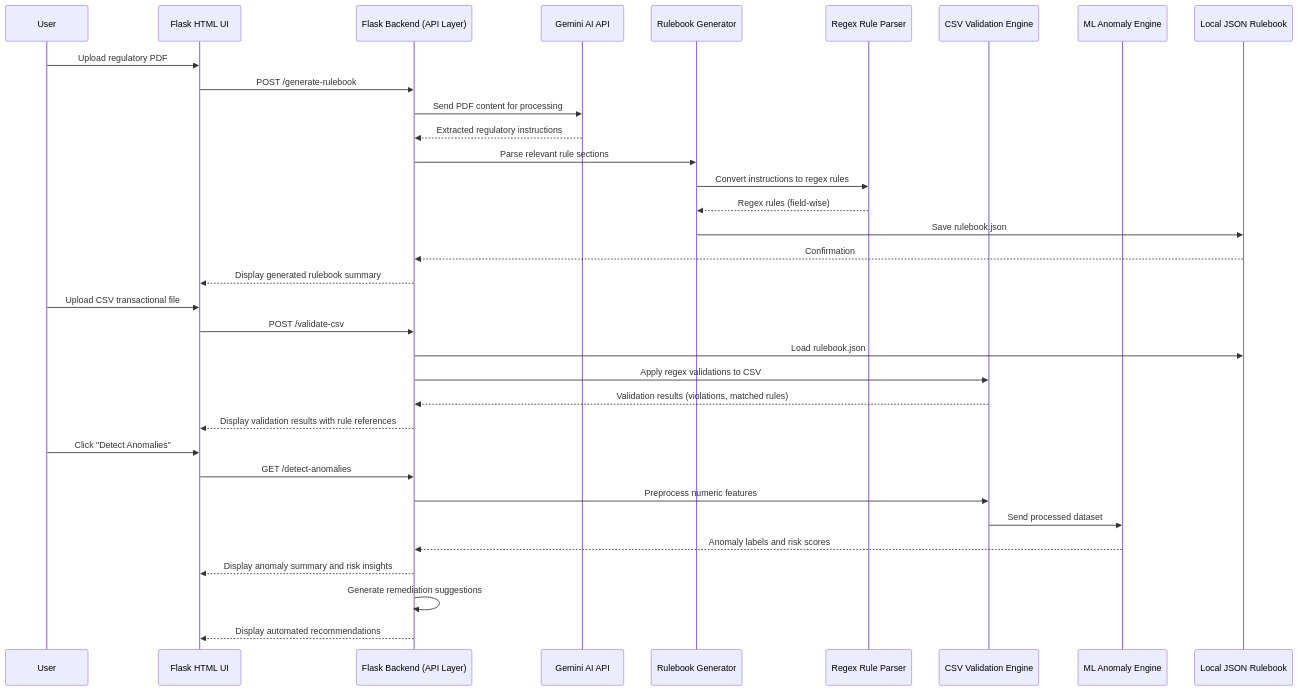
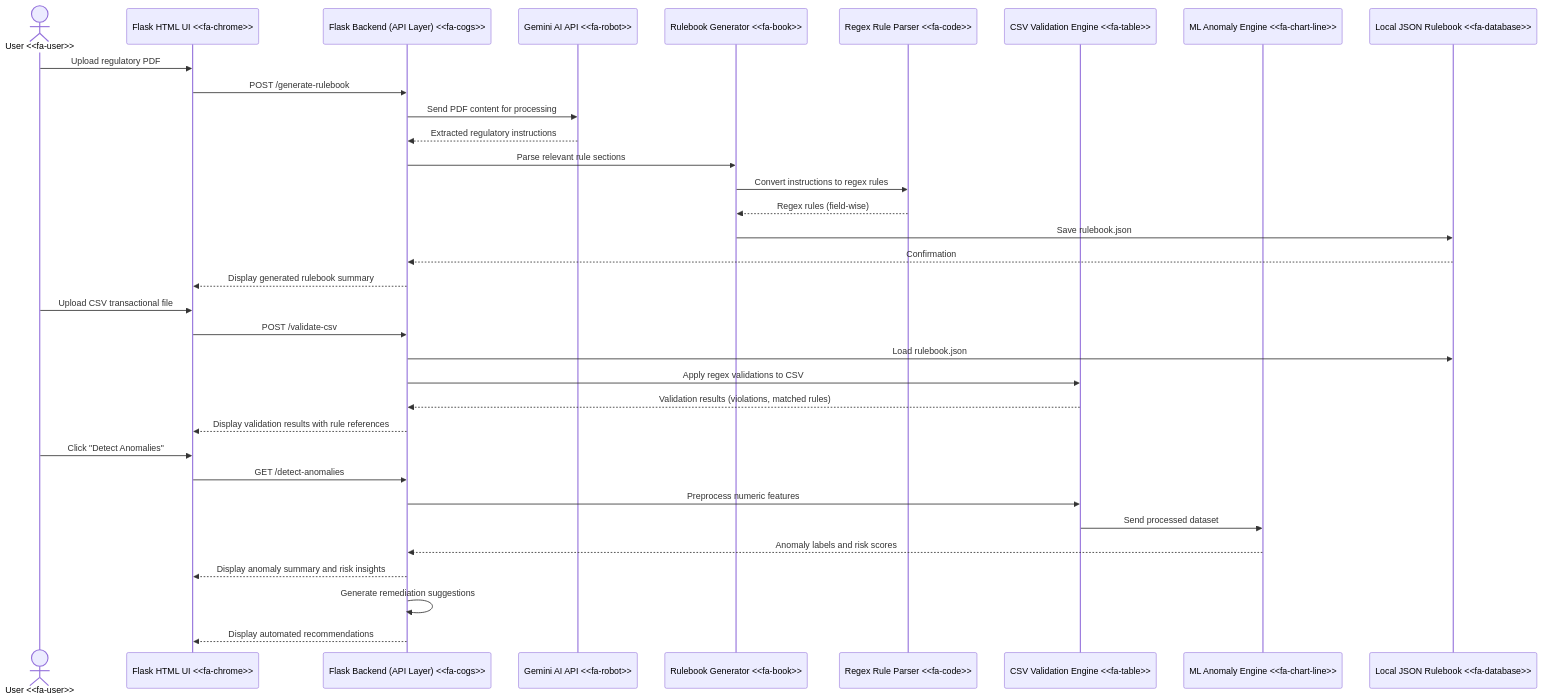
Before and after one commit to ewfx/gaidp-singularity-squad: the diagram in README.md, drawn with Mermaid.

````diff
--- a/README.md
+++ b/README.md
@@ -74,45 +74,46 @@
 ```mermaid
 sequenceDiagram
-    participant User
-    participant UI as Flask HTML UI
-    participant Backend as Flask Backend (API Layer)
-    participant Gemini as Gemini AI API
-    participant RuleEngine as Rulebook Generator
-    participant RegexParser as Regex Rule Parser
-    participant CSVValidator as CSV Validation Engine
-    participant AnomalyDetector as ML Anomaly Engine
-    participant JSONStore as Local JSON Rulebook
+    %% Participants with icons
+    actor User as User <<fa-user>>
+    participant UI as Flask HTML UI <<fa-chrome>>
+    participant Backend as Flask Backend (API Layer) <<fa-cogs>>
+    participant Gemini as Gemini AI API <<fa-robot>>
+    participant RuleEngine as Rulebook Generator <<fa-book>>
+    participant RegexParser as Regex Rule Parser <<fa-code>>
+    participant CSVValidator as CSV Validation Engine <<fa-table>>
+    participant AnomalyDetector as ML Anomaly Engine <<fa-chart-line>>
+    participant JSONStore as Local JSON Rulebook <<fa-database>>
 
     %% PDF Upload & Rulebook Generation
     User->>UI: Upload regulatory PDF
     UI->>Backend: POST /generate-rulebook
     Backend->>Gemini: Send PDF content for processing
     Gemini-->>Backend: Extracted regulatory instructions
     Backend->>RuleEngine: Parse relevant rule sections
     RuleEngine->>RegexParser: Convert instructions to regex rules
     RegexParser-->>RuleEngine: Regex rules (field-wise)
     RuleEngine->>JSONStore: Save rulebook.json
     JSONStore-->>Backend: Confirmation
     Backend-->>UI: Display generated rulebook summary
 
     %% CSV Upload & Validation
     User->>UI: Upload CSV transactional file
     UI->>Backend: POST /validate-csv
     Backend->>JSONStore: Load rulebook.json
     Backend->>CSVValidator: Apply regex validations to CSV
     CSVValidator-->>Backend: Validation results (violations, matched rules)
     Backend-->>UI: Display validation results with rule references
 
     %% Anomaly Detection
     User->>UI: Click "Detect Anomalies"
     UI->>Backend: GET /detect-anomalies
     Backend->>CSVValidator: Preprocess numeric features
     CSVValidator->>AnomalyDetector: Send processed dataset
     AnomalyDetector-->>Backend: Anomaly labels and risk scores
     Backend-->>UI: Display anomaly summary and risk insights
 
     %% Remediation (Optional)
     Backend->>Backend: Generate remediation suggestions
     Backend-->>UI: Display automated recommendations
 
 ```
````
